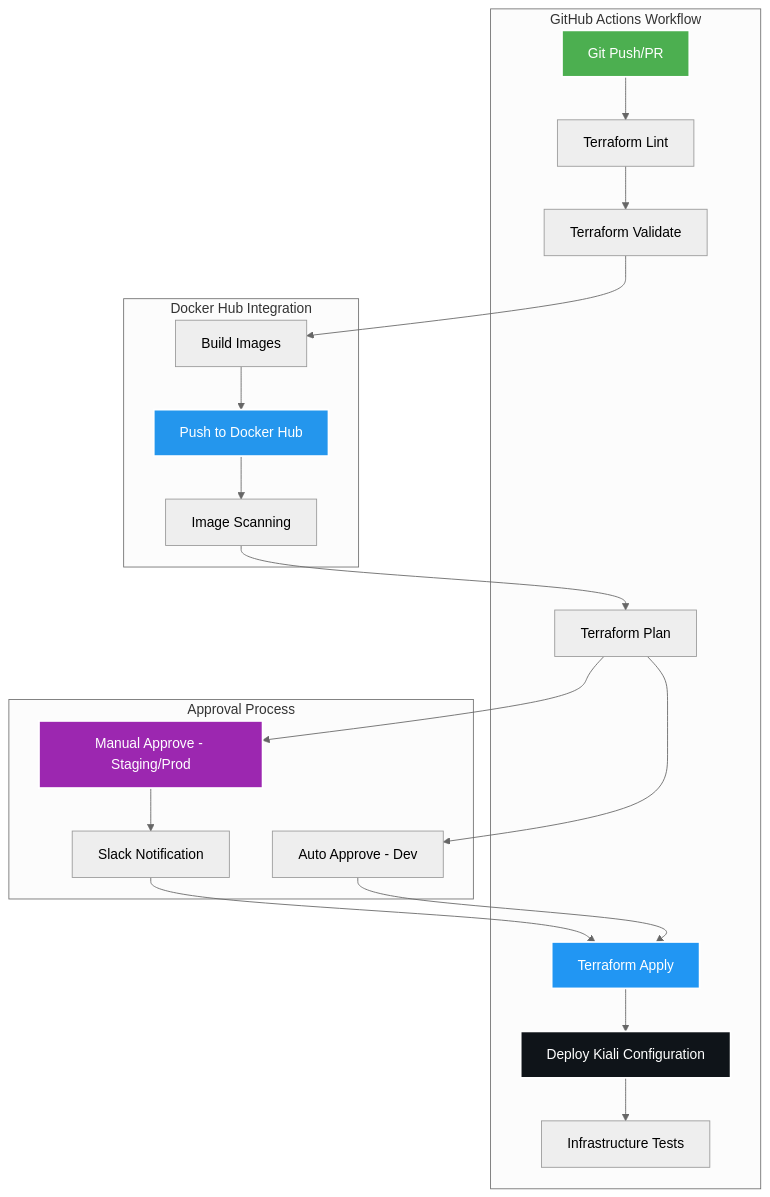
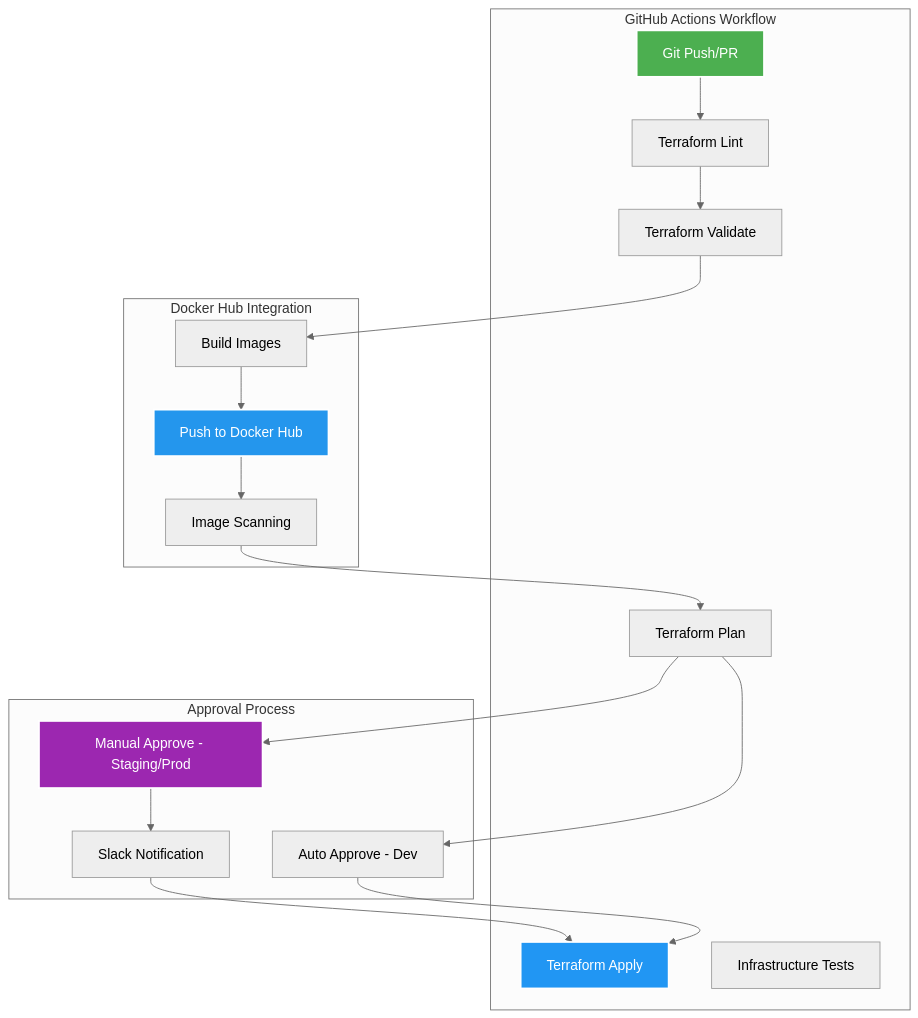
Before and after one commit to Saoudyahya/Ecommerce-App-Terraform-config: the seventh of 7 diagrams in README.md, drawn with Mermaid (neutral theme). The commit also changed other lines of this file, not shown here.

````diff
--- a/README.md
+++ b/README.md
@@ -734,47 +734,44 @@
 ```mermaid
 graph TB
     subgraph "GitHub Actions Workflow"
         TRIGGER[Git Push/PR]
         LINT[Terraform Lint]
         VALIDATE[Terraform Validate]
         PLAN[Terraform Plan]
         APPLY[Terraform Apply]
         TEST[Infrastructure Tests]
-        KIALI_DEPLOY[Deploy Kiali Configuration]
+
     end
     
     subgraph "Docker Hub Integration"
         BUILD[Build Images]
         PUSH[Push to Docker Hub]
         SCAN[Image Scanning]
     end
     
     subgraph "Approval Process"
         AUTO[Auto Approve - Dev]
         MANUAL[Manual Approve - Staging/Prod]
         SLACK[Slack Notification]
     end
     
     TRIGGER --> LINT
     LINT --> VALIDATE
     VALIDATE --> BUILD
     BUILD --> PUSH
     PUSH --> SCAN
     SCAN --> PLAN
     
     PLAN --> AUTO
     PLAN --> MANUAL
     
     AUTO --> APPLY
     MANUAL --> SLACK
     SLACK --> APPLY
     
-    APPLY --> KIALI_DEPLOY
-    KIALI_DEPLOY --> TEST
     
     style TRIGGER fill:#4CAF50,stroke:#fff,stroke-width:2px,color:#fff
-    style KIALI_DEPLOY fill:#0F1419,stroke:#fff,stroke-width:2px,color:#fff
     style MANUAL fill:#9C27B0,stroke:#fff,stroke-width:2px,color:#fff
     style APPLY fill:#2196F3,stroke:#fff,stroke-width:2px,color:#fff
     style PUSH fill:#2496ED,stroke:#fff,stroke-width:2px,color:#fff
 ```
````
